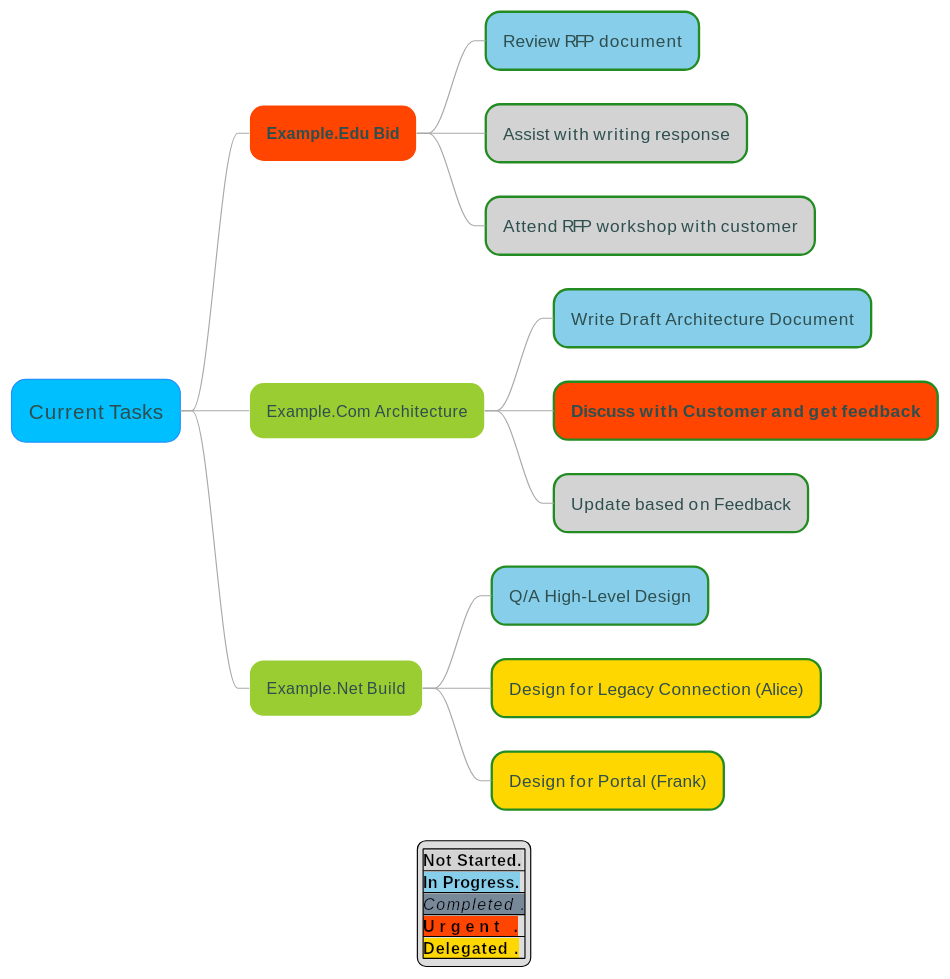
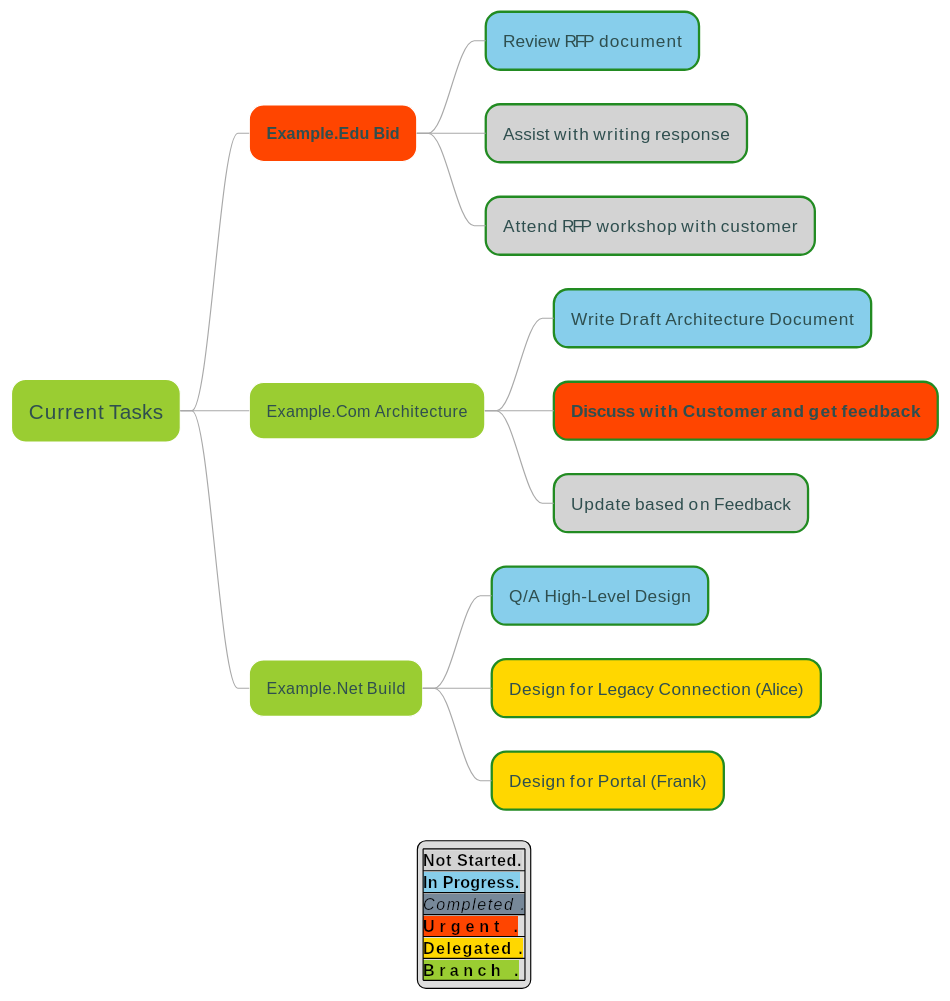
One commit to mattjhayes/PlantUML-Examples changed the diagram in docs/Misc/BlogSource/Other-Uses-for-PlantUML/tasks-diagram.md. Above: the diagram before and after it, drawn with PlantUML. The commit also changed 1 other file, not shown here.

Commit message:
Update to match blog post

```diff
--- a/docs/Misc/BlogSource/Other-Uses-for-PlantUML/tasks-diagram.md
+++ b/docs/Misc/BlogSource/Other-Uses-for-PlantUML/tasks-diagram.md
@@ -8,17 +8,17 @@
     Margin 15
     BackGroundColor YellowGreen
     FontColor DarkSlateGrey
-    LineColor white
+    LineColor White
     LineThickness 1.0
     MaximumWidth 320
   }
   rootNode {
     Padding 15
     Margin 15
-    BackGroundColor DeepSkyBlue
+    BackGroundColor YellowGreen
     FontColor DarkSlateGrey
     FontSize 18
-    LineColor DodgerBlue
+    LineColor White
     LineThickness 1.0
   }
   leafNode {
@@ -58,19 +58,20 @@
 |<back:SkyBlue><b>In Progress.</b></back>|
 |<back:LightSlateGrey><i>Completed     .</i></back>|
 |<back:OrangeRed><b>Urgent        .</b></back>|
-|<back:Gold><b>Delegated  .</b></back>|
+|<back:Gold><b>Delegated   .</b></back>|
+|<back:YellowGreen><b>Branch        .</b></back>|
 endlegend
 
 * Current Tasks
 
  * Example.Edu Bid <<u>>
-  * Review RFP document<<i>>
+  * Review RFP document <<i>>
   * Assist with writing response
   * Attend RFP workshop with customer
 
  * Example.Com Architecture
   * Write Draft Architecture Document <<i>>
-  * Discuss with Customer and get feedback<<u>>
+  * Discuss with Customer and get feedback <<u>>
   * Update based on Feedback
 
  * Example.Net Build
```
